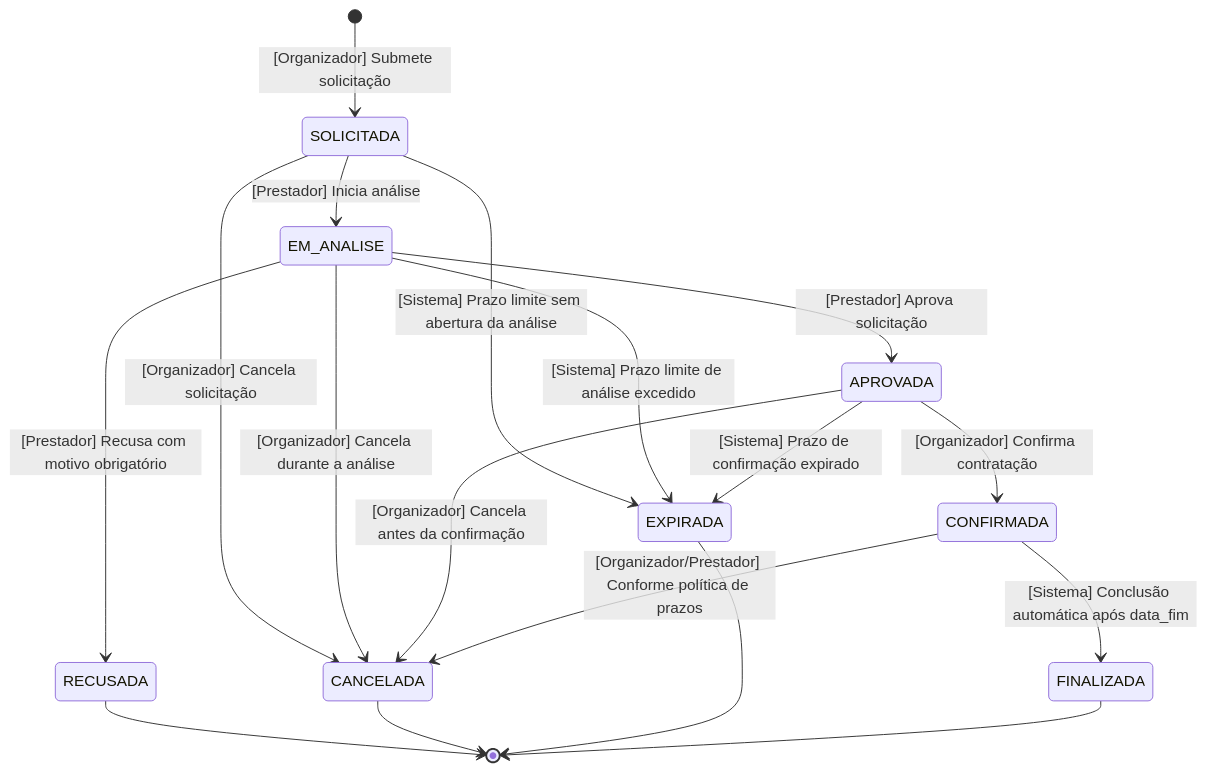
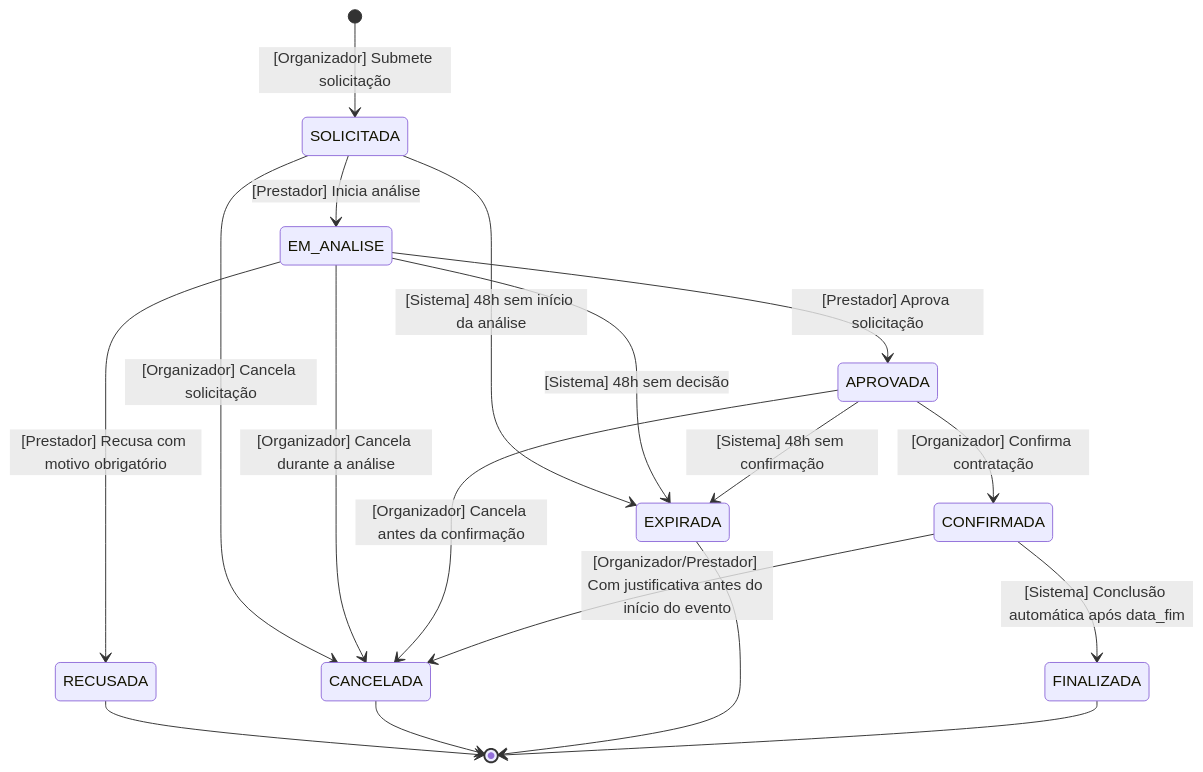
Before and after one commit to dudanegreiro/EventFy: the first of 3 diagrams in docs/PROJETO.md, drawn with Mermaid. The commit also changed other lines of this file and 9 other files, not shown here.

````diff
--- a/docs/PROJETO.md
+++ b/docs/PROJETO.md
@@ -308,25 +312,25 @@
 ```mermaid
 stateDiagram-v2
     [*] --> SOLICITADA : [Organizador] Submete solicitação
 
     SOLICITADA --> EM_ANALISE : [Prestador] Inicia análise
     SOLICITADA --> CANCELADA : [Organizador] Cancela solicitação
-    SOLICITADA --> EXPIRADA : [Sistema] Prazo limite sem abertura da análise
+    SOLICITADA --> EXPIRADA : [Sistema] 48h sem início da análise
 
     EM_ANALISE --> APROVADA : [Prestador] Aprova solicitação
     EM_ANALISE --> RECUSADA : [Prestador] Recusa com motivo obrigatório
     EM_ANALISE --> CANCELADA : [Organizador] Cancela durante a análise
-    EM_ANALISE --> EXPIRADA : [Sistema] Prazo limite de análise excedido
+    EM_ANALISE --> EXPIRADA : [Sistema] 48h sem decisão
 
     APROVADA --> CONFIRMADA : [Organizador] Confirma contratação
     APROVADA --> CANCELADA : [Organizador] Cancela antes da confirmação
-    APROVADA --> EXPIRADA : [Sistema] Prazo de confirmação expirado
+    APROVADA --> EXPIRADA : [Sistema] 48h sem confirmação
 
     CONFIRMADA --> FINALIZADA : [Sistema] Conclusão automática após data_fim
-    CONFIRMADA --> CANCELADA : [Organizador/Prestador] Conforme política de prazos
+    CONFIRMADA --> CANCELADA : [Organizador/Prestador] Com justificativa antes do início do evento
 
     RECUSADA --> [*]
     CANCELADA --> [*]
     EXPIRADA --> [*]
     FINALIZADA --> [*]
 ```
````
